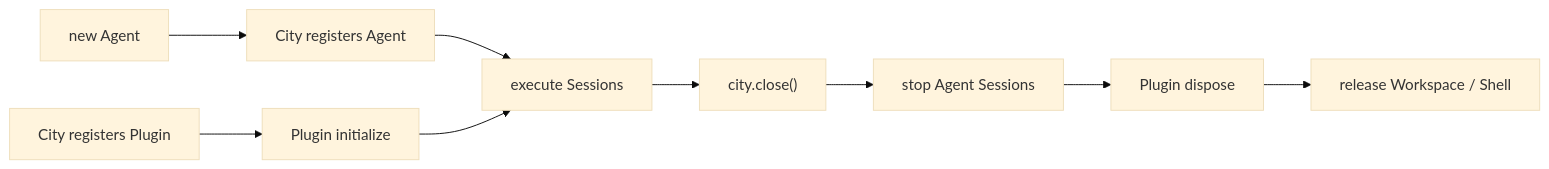
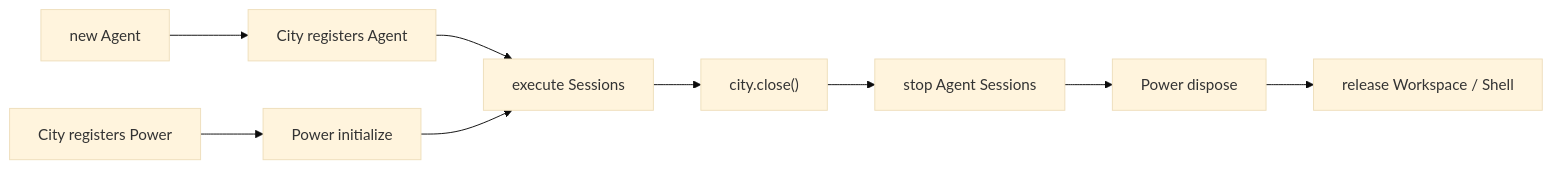
One commit to genesiscosmos/downcity changed the second of 2 diagrams in homepage/content/docs/en/agent/runtime-architecture.mdx. Above: the diagram before and after it, drawn with Mermaid (base theme). The commit also changed other lines of this file and 697 other files, not shown here.

First line of the commit message:
refactor(power): Plugin 词汇与文档路径全面收敛为 Power

````diff
--- a/homepage/content/docs/en/agent/runtime-architecture.mdx
+++ b/homepage/content/docs/en/agent/runtime-architecture.mdx
@@ -200,11 +200,11 @@
 ```mermaid
 flowchart LR
     Agent["new Agent"] --> Register["City registers Agent"]
-    Plugin["City registers Plugin"] --> Initialize["Plugin initialize"]
+    Power["City registers Power"] --> Initialize["Power initialize"]
     Register --> Running["execute Sessions"]
     Initialize --> Running
     Running --> Close["city.close()"]
     Close --> Sessions["stop Agent Sessions"]
-    Sessions --> Dispose["Plugin dispose"]
+    Sessions --> Dispose["Power dispose"]
     Dispose --> Workspace["release Workspace / Shell"]
 ```
````
